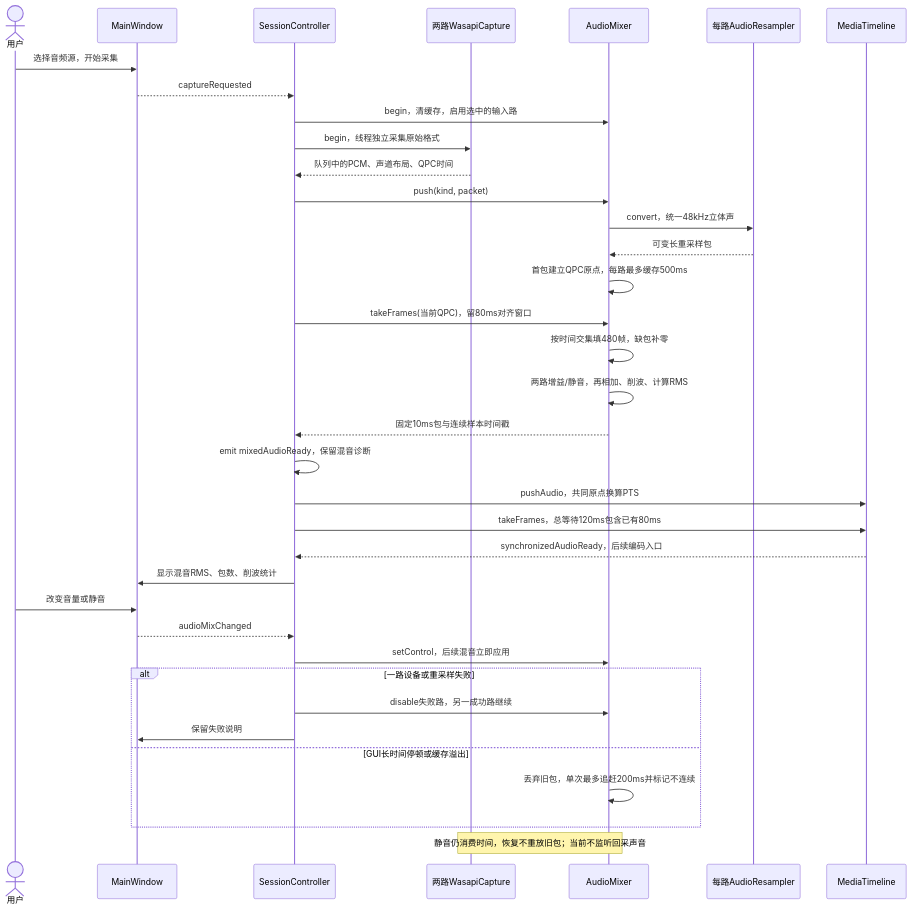
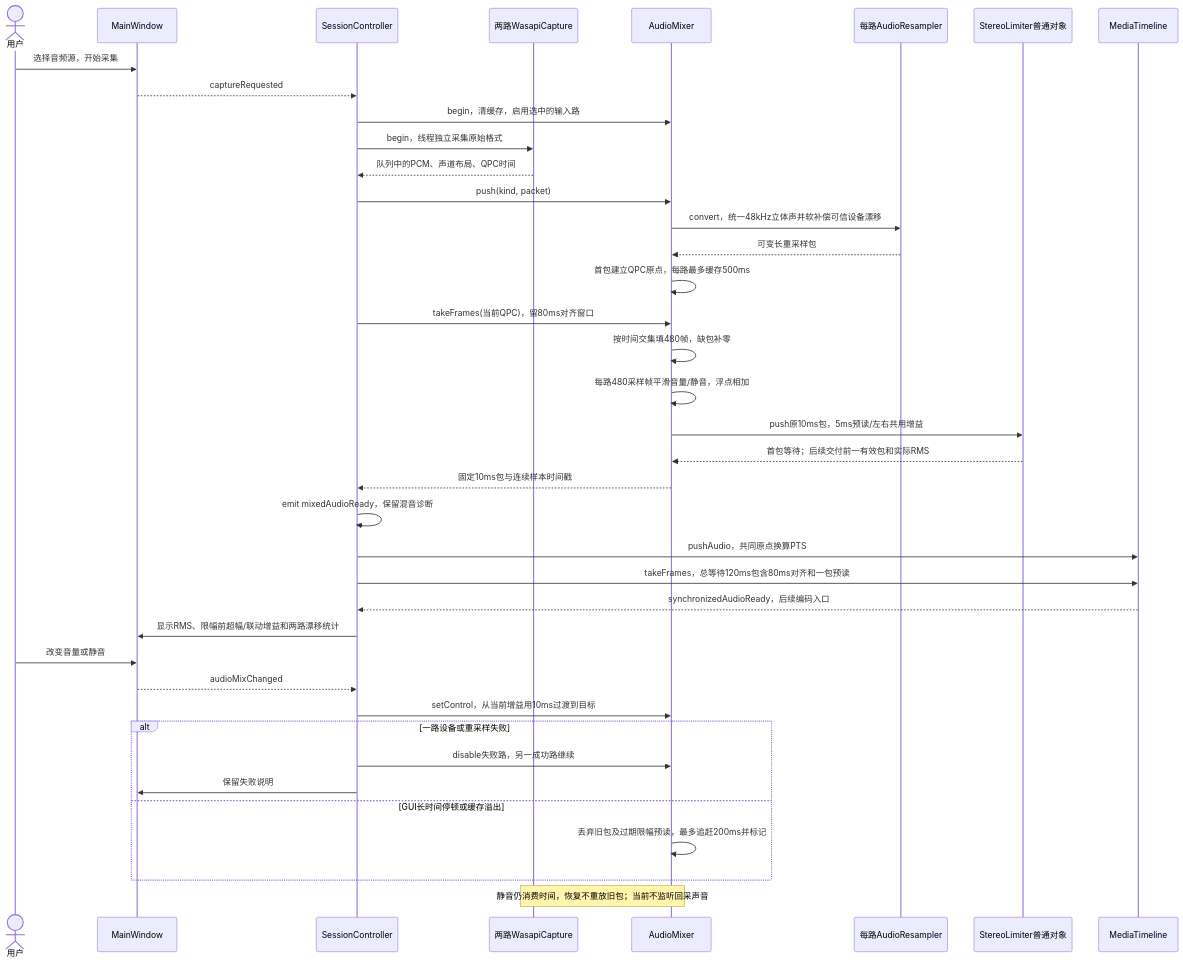
One commit to kingsman-svg/OBS changed the diagram in docs/uml/audio-mix.mmd. Above: the diagram before and after it, drawn with Mermaid. The commit also changed 31 other files, not shown here.

```diff
--- a/docs/uml/audio-mix.mmd
+++ b/docs/uml/audio-mix.mmd
@@ -1,36 +1,39 @@
 sequenceDiagram
 actor U as 用户
 participant V as MainWindow
 participant C as SessionController
 participant W as 两路WasapiCapture
 participant M as AudioMixer
 participant R as 每路AudioResampler
+participant L as StereoLimiter普通对象
 participant T as MediaTimeline
 U->>V: 选择音频源，开始采集
 V-->>C: captureRequested
 C->>M: begin，清缓存，启用选中的输入路
 C->>W: begin，线程独立采集原始格式
 W-->>C: 队列中的PCM、声道布局、QPC时间
 C->>M: push(kind, packet)
-M->>R: convert，统一48kHz立体声
+M->>R: convert，统一48kHz立体声并软补偿可信设备漂移
 R-->>M: 可变长重采样包
 M->>M: 首包建立QPC原点，每路最多缓存500ms
 C->>M: takeFrames(当前QPC)，留80ms对齐窗口
 M->>M: 按时间交集填480帧，缺包补零
-M->>M: 两路增益/静音，再相加、削波、计算RMS
+M->>M: 每路480采样帧平滑音量/静音，浮点相加
+M->>L: push原10ms包，5ms预读/左右共用增益
+L-->>M: 首包等待；后续交付前一有效包和实际RMS
 M-->>C: 固定10ms包与连续样本时间戳
 C->>C: emit mixedAudioReady，保留混音诊断
 C->>T: pushAudio，共同原点换算PTS
-C->>T: takeFrames，总等待120ms包含已有80ms
+C->>T: takeFrames，总等待120ms包含80ms对齐和一包预读
 T-->>C: synchronizedAudioReady，后续编码入口
-C->>V: 显示混音RMS、包数、削波统计
+C->>V: 显示RMS、限幅前超幅/联动增益和两路漂移统计
 U->>V: 改变音量或静音
 V-->>C: audioMixChanged
-C->>M: setControl，后续混音立即应用
+C->>M: setControl，从当前增益用10ms过渡到目标
 alt 一路设备或重采样失败
 C->>M: disable失败路，另一成功路继续
 C->>V: 保留失败说明
 else GUI长时间停顿或缓存溢出
-M->>M: 丢弃旧包，单次最多追赶200ms并标记不连续
+M->>M: 丢弃旧包及过期限幅预读，最多追赶200ms并标记
 end
 Note over W,M: 静音仍消费时间，恢复不重放旧包；当前不监听回采声音
```
